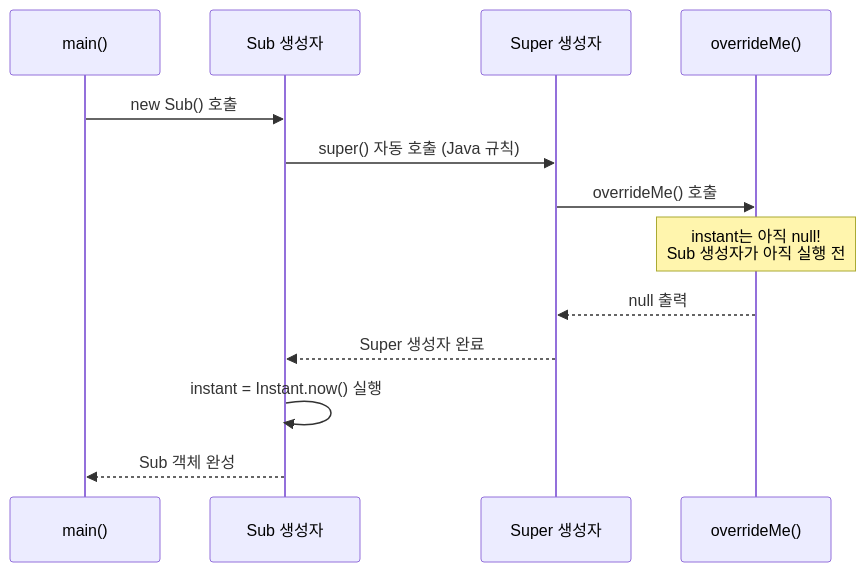
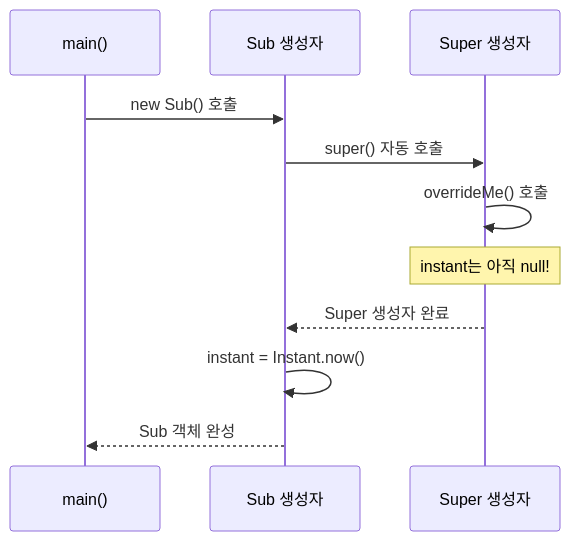
One commit to yjkim2015/yjkim2015.github.io changed the fourth of 6 diagrams in _posts/java/2022-01-03-effective-java19.md. Above: the diagram before and after it, drawn with Mermaid. The commit also changed 155 other files, not shown here.

First line of the commit message:
Mermaid 전면 수정: subgraph 제거, participant/노드/줄수 축소 (342블록)

````diff
--- a/_posts/java/2022-01-03-effective-java19.md
+++ b/_posts/java/2022-01-03-effective-java19.md
@@ -144,15 +144,13 @@
 ```mermaid
 sequenceDiagram
     participant Client as main()
     participant Sub as Sub 생성자
     participant Super as Super 생성자
-    participant OV as overrideMe()
     Client->>Sub: new Sub() 호출
-    Sub->>Super: super() 자동 호출 (Java 규칙)
-    Super->>OV: overrideMe() 호출
-    Note over OV: instant는 아직 null!<br/>Sub 생성자가 아직 실행 전
-    OV-->>Super: null 출력
+    Sub->>Super: super() 자동 호출
+    Super->>Super: overrideMe() 호출
+    Note over Super: instant는 아직 null!
     Super-->>Sub: Super 생성자 완료
-    Sub->>Sub: instant = Instant.now() 실행
+    Sub->>Sub: instant = Instant.now()
     Sub-->>Client: Sub 객체 완성
 ```
````
